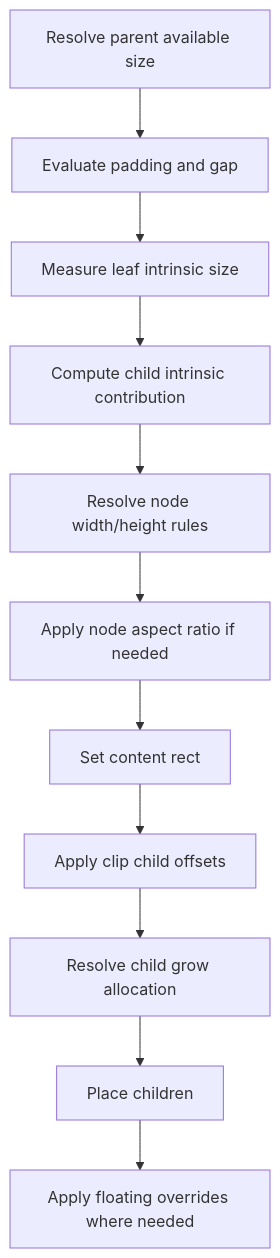
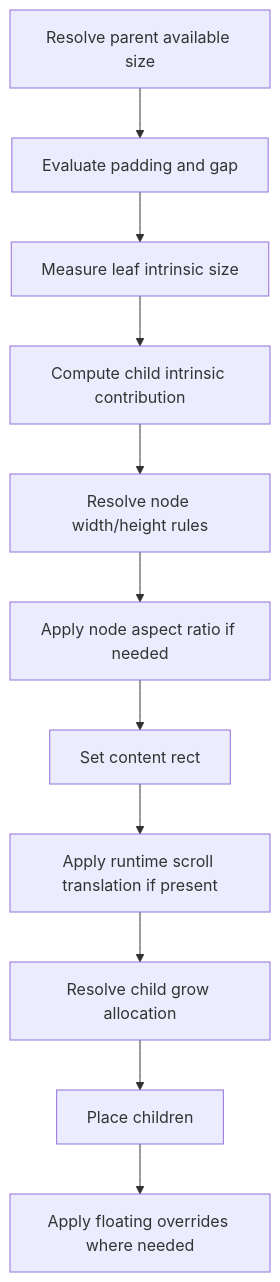
The first of 5 diagrams in docs/design/02-layout-input-and-rendering.md (cperion/terraui), drawn with Mermaid before and after one commit. The commit also changed other lines of this file and 35 other files, not shown here.

````diff
--- a/docs/design/02-layout-input-and-rendering.md
+++ b/docs/design/02-layout-input-and-rendering.md
@@ -32,13 +34,13 @@
 ```mermaid
 flowchart TB
     A[Resolve parent available size] --> B[Evaluate padding and gap]
     B --> C[Measure leaf intrinsic size]
     C --> D[Compute child intrinsic contribution]
     D --> E[Resolve node width/height rules]
     E --> F[Apply node aspect ratio if needed]
     F --> G[Set content rect]
-    G --> H[Apply clip child offsets]
+    G --> H[Apply runtime scroll translation if present]
     H --> I[Resolve child grow allocation]
     I --> J[Place children]
     J --> K[Apply floating overrides where needed]
 ```
````
